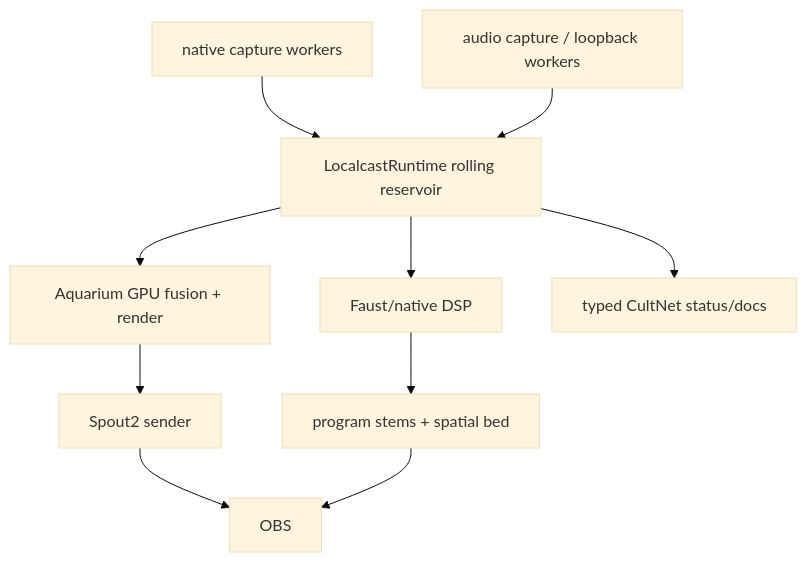
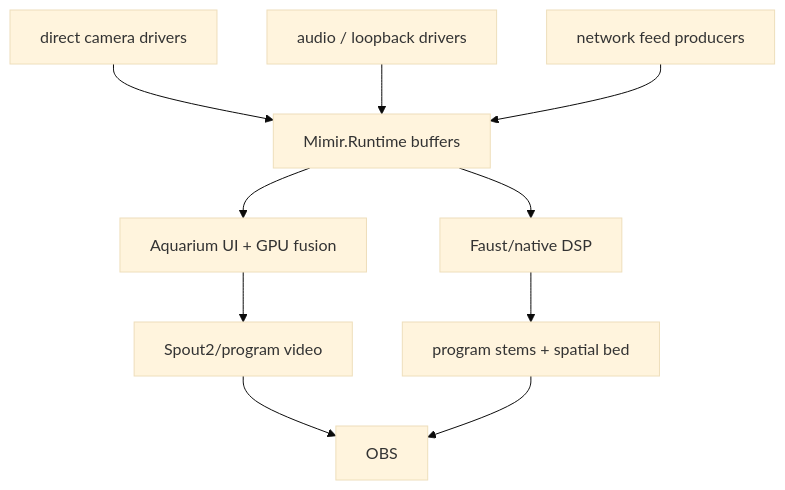
The diagram in docs/native-rebuild-plan.md (GameCult/Mimir), drawn with Mermaid (base theme) before and after one commit. The commit also changed other lines of this file and 190 other files, not shown here.

````diff
--- a/docs/native-rebuild-plan.md
+++ b/docs/native-rebuild-plan.md
@@ -45,12 +22,12 @@
 ```mermaid
 flowchart TD
-    C["native capture workers"] --> R["LocalcastRuntime rolling reservoir"]
-    A["audio capture / loopback workers"] --> R
-    R --> Q["Aquarium GPU fusion + render"]
+    C["direct camera drivers"] --> R["Mimir.Runtime buffers"]
+    A["audio / loopback drivers"] --> R
+    N["network feed producers"] --> R
+    R --> Q["Aquarium UI + GPU fusion"]
     R --> F["Faust/native DSP"]
-    Q --> S["Spout2 sender"]
+    Q --> S["Spout2/program video"]
     F --> P["program stems + spatial bed"]
     S --> O["OBS"]
     P --> O
-    R --> N["typed CultNet status/docs"]
 ```
````
